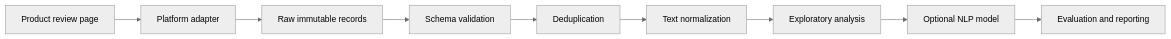
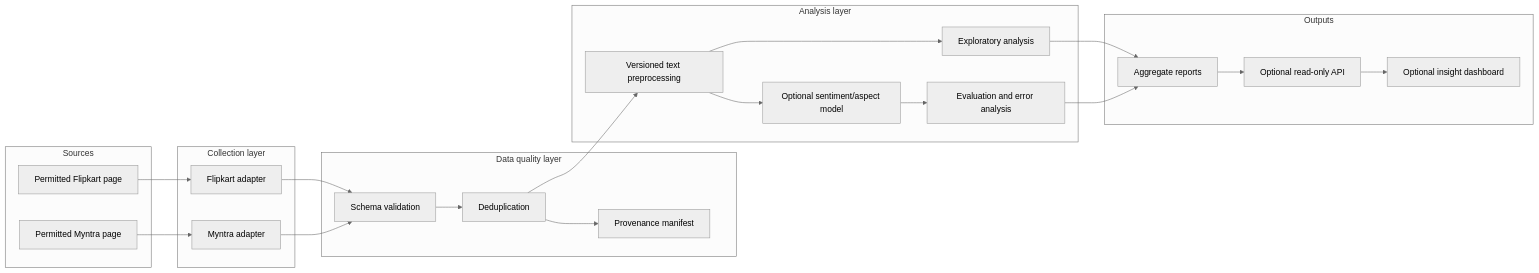
Before and after one commit to Brajesh31/Analysis-of-products-using-NLP: the second of 2 diagrams in docs/architecture.md, drawn with Mermaid (neutral theme). The commit also changed other lines of this file, not shown here.

Commit message:
docs: expand architecture boundaries and failure design

````diff
--- a/docs/architecture.md
+++ b/docs/architecture.md
@@ -45,11 +60,41 @@
 ```mermaid
 flowchart LR
-  A[Product review page] --> B[Platform adapter]
-  B --> C[Raw immutable records]
-  C --> D[Schema validation]
-  D --> E[Deduplication]
-  E --> F[Text normalization]
-  F --> G[Exploratory analysis]
-  G --> H[Optional NLP model]
-  H --> I[Evaluation and reporting]
+  subgraph Sources
+    F[Permitted Flipkart page]
+    M[Permitted Myntra page]
+  end
+  subgraph Collection layer
+    FA[Flipkart adapter]
+    MA[Myntra adapter]
+  end
+  subgraph Data quality layer
+    V[Schema validation]
+    D[Deduplication]
+    P[Provenance manifest]
+  end
+  subgraph Analysis layer
+    T[Versioned text preprocessing]
+    E[Exploratory analysis]
+    S[Optional sentiment/aspect model]
+    Q[Evaluation and error analysis]
+  end
+  subgraph Outputs
+    R[Aggregate reports]
+    API[Optional read-only API]
+    UI[Optional insight dashboard]
+  end
+  F --> FA
+  M --> MA
+  FA --> V
+  MA --> V
+  V --> D
+  D --> P
+  D --> T
+  T --> E
+  T --> S
+  S --> Q
+  E --> R
+  Q --> R
+  R --> API
+  API --> UI
 ```
````
